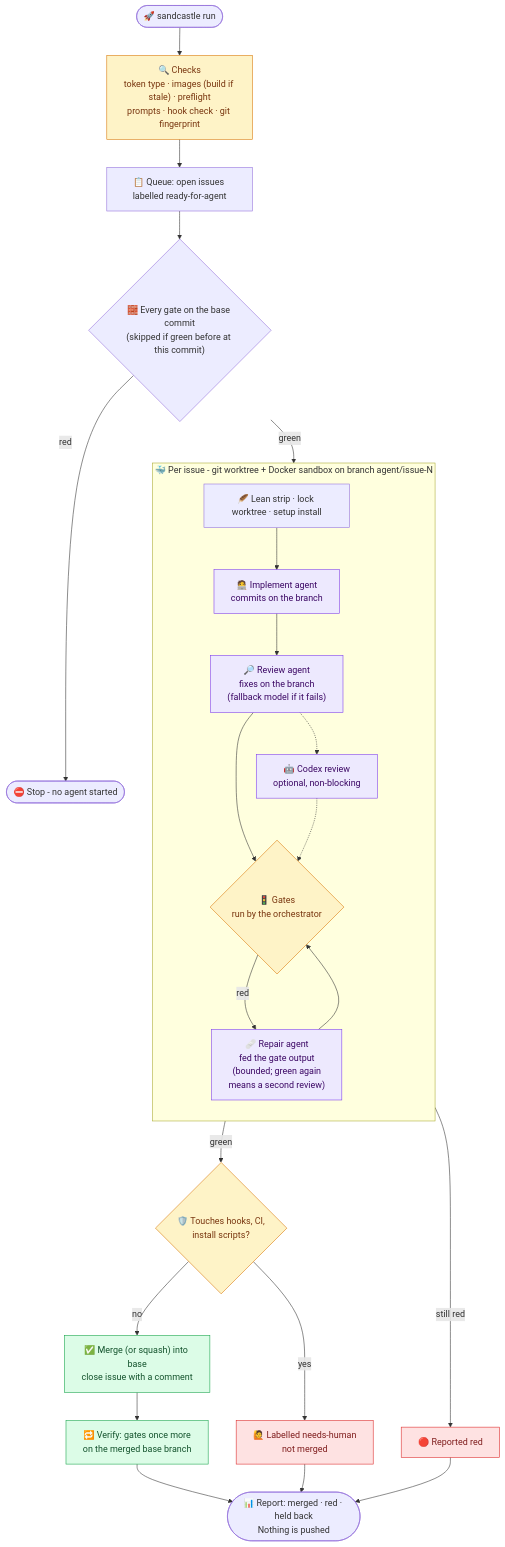
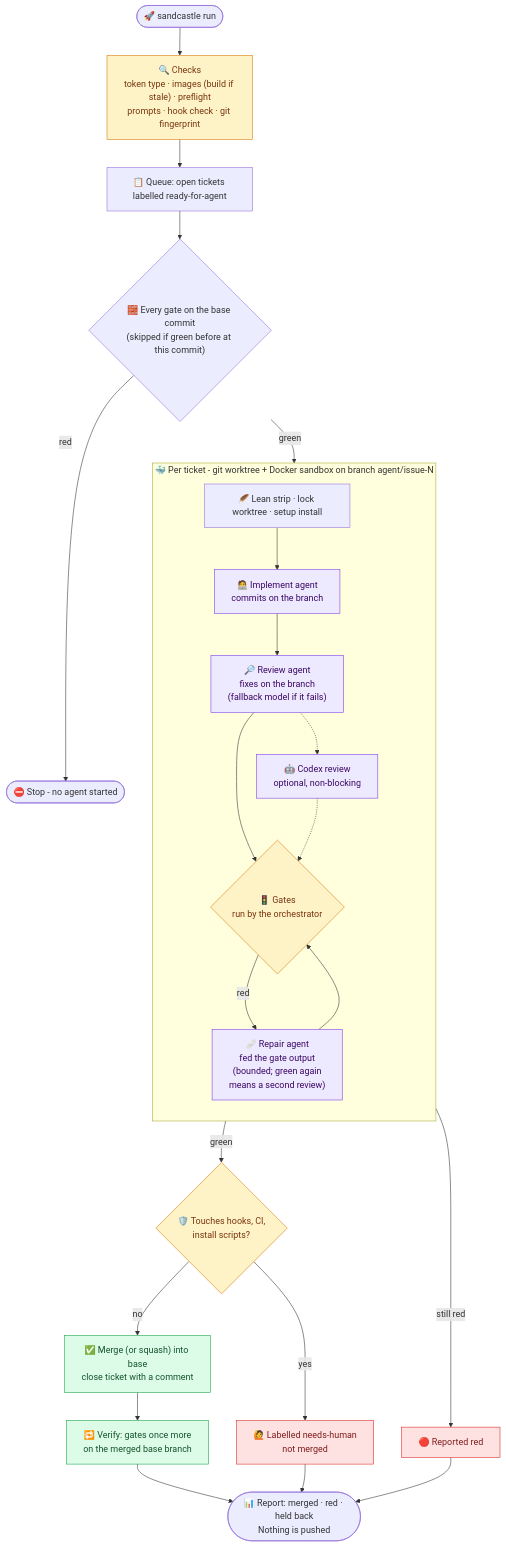
Before and after one commit to henkisdabro/sandcastle-kit: the second of 3 diagrams in README.md, drawn with Mermaid. The commit also changed other lines of this file and 29 other files, not shown here.

First line of the commit message:
docs: say ticket, not issue, in everything people and agents read

````diff
--- a/README.md
+++ b/README.md
@@ -213,37 +213,37 @@
 ```mermaid
 flowchart TD
     S(["🚀 sandcastle run"]) --> P["🔍 Checks<br/>token type · images (build if stale) · preflight<br/>prompts · hook check · git fingerprint"]
-    P --> Q["📋 Queue: open issues labelled ready-for-agent"]
+    P --> Q["📋 Queue: open tickets labelled ready-for-agent"]
     Q --> B{"🧱 Every gate on the base commit<br/>(skipped if green before at this commit)"}
     B -- "red" --> STOP(["⛔ Stop - no agent started"])
     B -- "green" --> W
 
-    subgraph W ["🐳 Per issue - git worktree + Docker sandbox on branch agent/issue-N"]
+    subgraph W ["🐳 Per ticket - git worktree + Docker sandbox on branch agent/issue-N"]
         direction TB
         L["🪶 Lean strip · lock worktree · setup install"] --> I["🧑‍💻 Implement agent<br/>commits on the branch"]
         I --> R["🔎 Review agent<br/>fixes on the branch<br/>(fallback model if it fails)"]
         R -.-> X["🤖 Codex review<br/>optional, non-blocking"]
         R --> G{"🚦 Gates<br/>run by the orchestrator"}
         X -.-> G
         G -- "red" --> FX["🩹 Repair agent<br/>fed the gate output<br/>(bounded; green again<br/>means a second review)"]
         FX --> G
     end
 
     G -- "green" --> PP{"🛡️ Touches hooks, CI,<br/>install scripts?"}
     G -- "still red" --> RED["🔴 Reported red"]
-    PP -- "no" --> M["✅ Merge (or squash) into base<br/>close issue with a comment"]
+    PP -- "no" --> M["✅ Merge (or squash) into base<br/>close ticket with a comment"]
     PP -- "yes" --> NH["🙋 Labelled needs-human<br/>not merged"]
     M --> V["🔁 Verify: gates once more<br/>on the merged base branch"]
     V --> REP(["📊 Report: merged · red · held back<br/>Nothing is pushed"])
     RED --> REP
     NH --> REP
 
     classDef ok fill:#dcfce7,stroke:#16a34a,color:#14532d
     classDef bad fill:#fee2e2,stroke:#dc2626,color:#7f1d1d
     classDef agent fill:#ede9fe,stroke:#7c3aed,color:#3b0764
     classDef gate fill:#fef3c7,stroke:#d97706,color:#78350f
     class M,V ok
     class RED,NH bad
     class I,R,X,FX agent
     class G,PP,P gate
 ```
````
